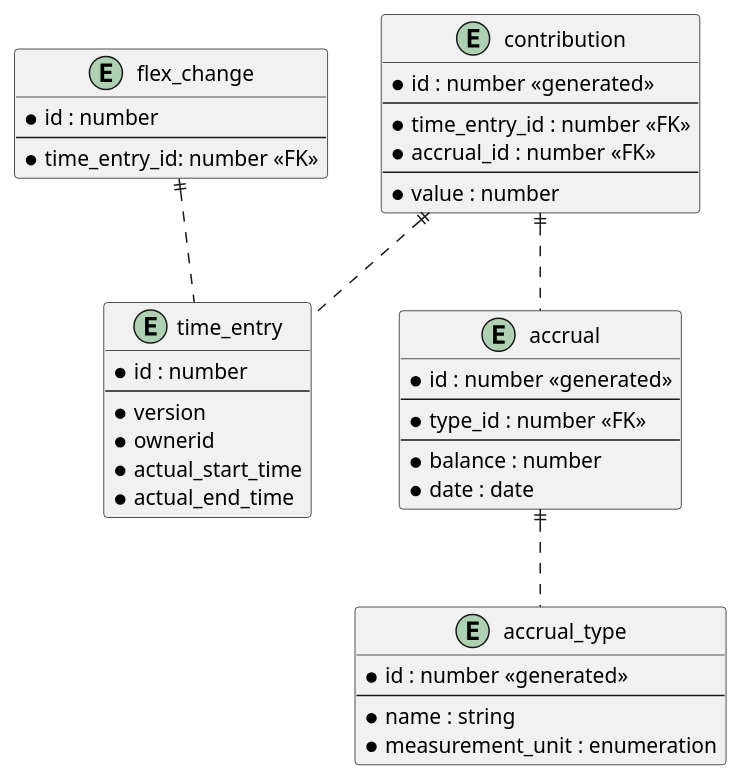
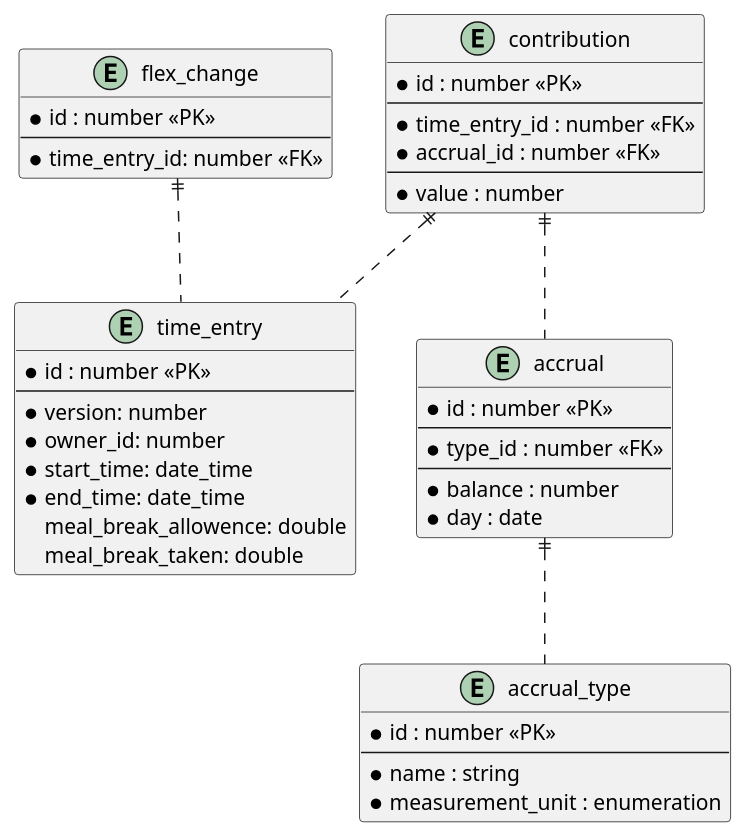
One commit to UKHomeOffice/callisto-accruals-restapi changed the diagram in docs/storage-model.puml. Above: the diagram before and after it, drawn with PlantUML. The commit also changed 2 other files, not shown here.

Commit message:
EAHW-1249 - added meal break to storage model

```diff
--- a/docs/storage-model.puml
+++ b/docs/storage-model.puml
@@ -1,47 +1,49 @@
 @startuml
 
 entity time_entry {
-  * id : number
+  * id : number <<PK>>
   --
-  * version
-  * ownerid
-  * actual_start_time
-  * actual_end_time
+  * version: number
+  * owner_id: number
+  * start_time: date_time
+  * end_time: date_time
+  meal_break_allowence: double
+  meal_break_taken: double  
 }
 
 entity flex_change {
-  * id : number
+  * id : number <<PK>>
   --
   * time_entry_id: number <<FK>>
 }
 
 entity accrual {
-  * id : number <<generated>>
+  * id : number <<PK>>
   --
   * type_id : number <<FK>>
   --
   * balance : number
-  * date : date
+  * day : date
 }
 
 entity contribution {
-  * id : number <<generated>>
+  * id : number <<PK>>
   --
   * time_entry_id : number <<FK>>
   * accrual_id : number <<FK>>
   --
   * value : number
 }
 
 entity accrual_type {
-  * id : number <<generated>>
+  * id : number <<PK>>
   --
   * name : string
   * measurement_unit : enumeration
 }
 accrual ||.. accrual_type
 contribution ||.. accrual
 contribution ||.. time_entry
 flex_change ||.. time_entry
 
 @enduml
```
